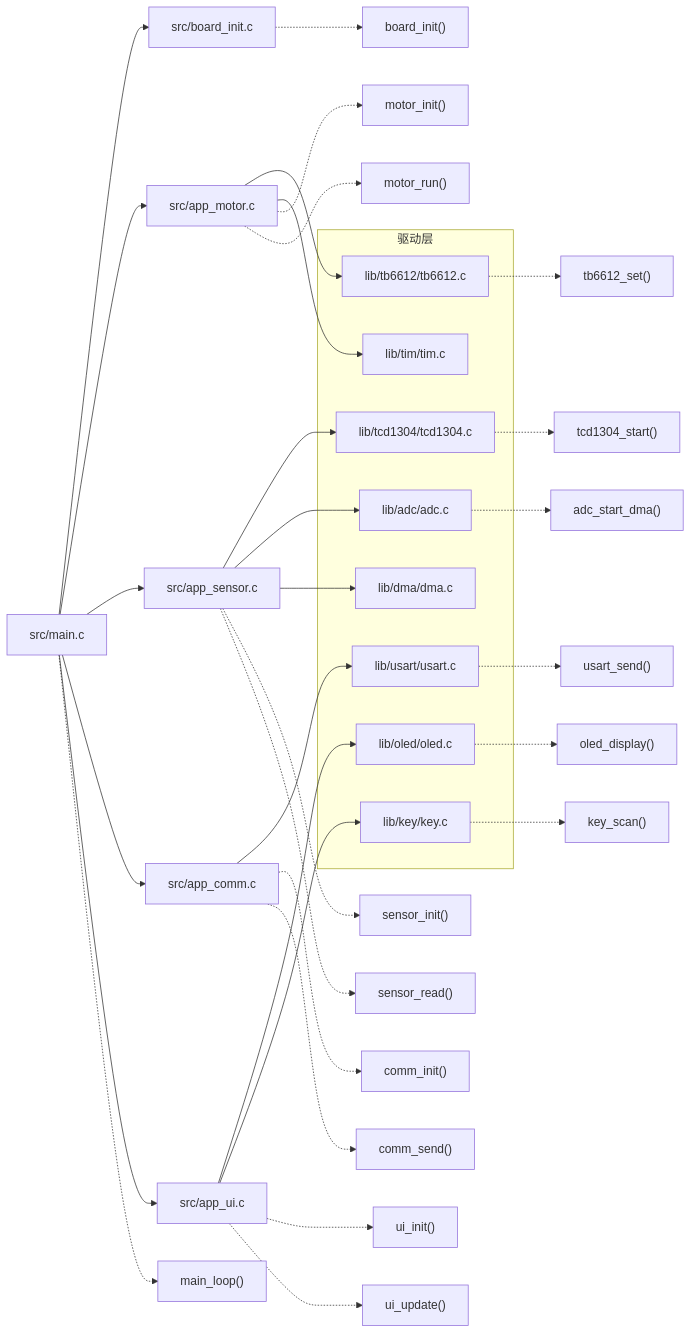
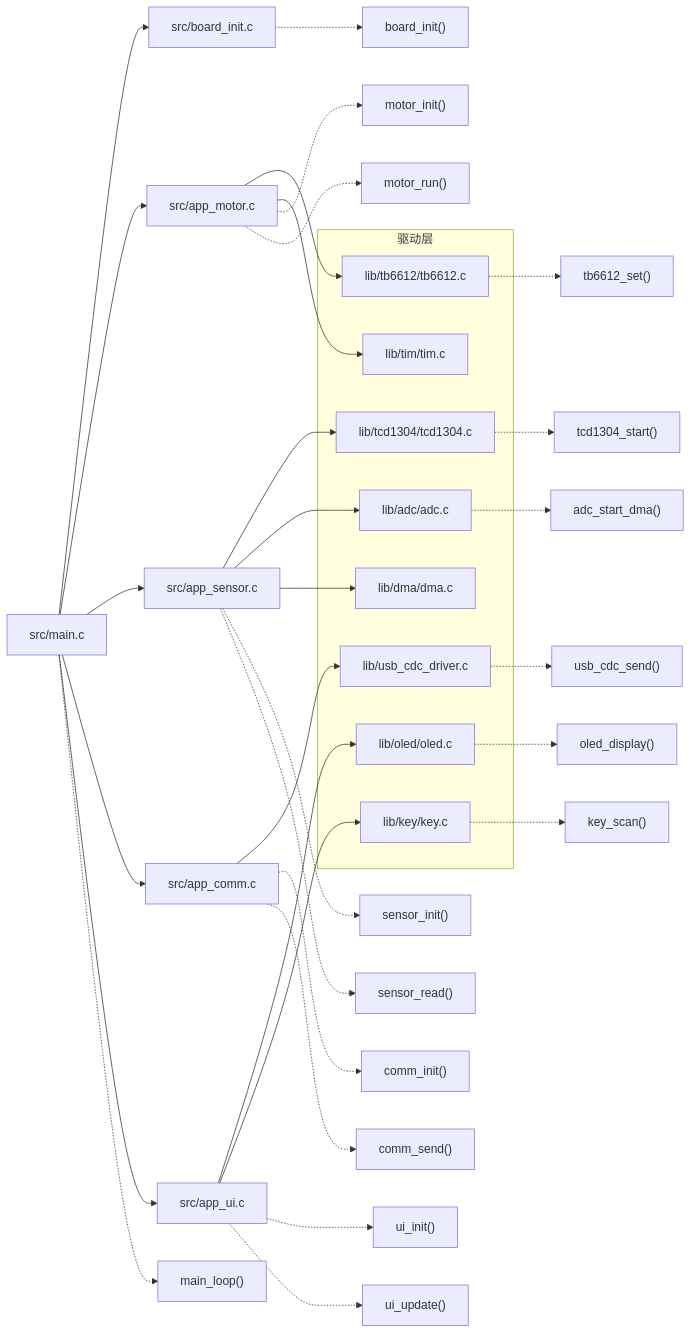
The first of 3 diagrams in 004-500/文件结构.md (Ebotian/exp), drawn with Mermaid before and after one commit. The commit also changed other lines of this file and 18 other files, not shown here.

````diff
--- a/004-500/文件结构.md
+++ b/004-500/文件结构.md
@@ -1,54 +1,54 @@
 ```mermaid
 flowchart LR
     %% 顶层结构
     main["src/main.c"]
     board["src/board_init.c"]
     app_motor["src/app_motor.c"]
     app_sensor["src/app_sensor.c"]
     app_comm["src/app_comm.c"]
     app_ui["src/app_ui.c"]
 
     main --> board
     main --> app_motor
     main --> app_sensor
     main --> app_comm
     main --> app_ui
 
     subgraph 驱动层
         tb6612["lib/tb6612/tb6612.c"]
         tim["lib/tim/tim.c"]
         tcd1304["lib/tcd1304/tcd1304.c"]
         adc["lib/adc/adc.c"]
         dma["lib/dma/dma.c"]
-        usart["lib/usart/usart.c"]
+        usb_cdc_driver["lib/usb_cdc_driver.c"]
         oled["lib/oled/oled.c"]
         key["lib/key/key.c"]
     end
 
     app_motor --> tb6612
     app_motor --> tim
     app_sensor --> tcd1304
     app_sensor --> adc
     app_sensor --> dma
-    app_comm --> usart
+    app_comm --> usb_cdc_driver
     app_ui --> oled
     app_ui --> key
 
     %% 主要函数
     main -.-> main_loop["main_loop()"]
     board -.-> board_init["board_init()"]
     app_motor -.-> motor_init["motor_init()"]
     app_motor -.-> motor_run["motor_run()"]
     app_sensor -.-> sensor_init["sensor_init()"]
     app_sensor -.-> sensor_read["sensor_read()"]
     app_comm -.-> comm_init["comm_init()"]
     app_comm -.-> comm_send["comm_send()"]
     app_ui -.-> ui_init["ui_init()"]
     app_ui -.-> ui_update["ui_update()"]
     tb6612 -.-> tb6612_set["tb6612_set()"]
     tcd1304 -.-> tcd1304_start["tcd1304_start()"]
     adc -.-> adc_start_dma["adc_start_dma()"]
-    usart -.-> usart_send["usart_send()"]
+    usb_cdc_driver -.-> usb_cdc_send["usb_cdc_send()"]
     oled -.-> oled_display["oled_display()"]
     key -.-> key_scan["key_scan()"]
 ```
````
